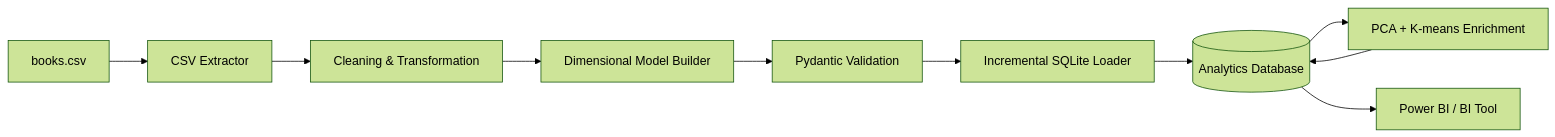
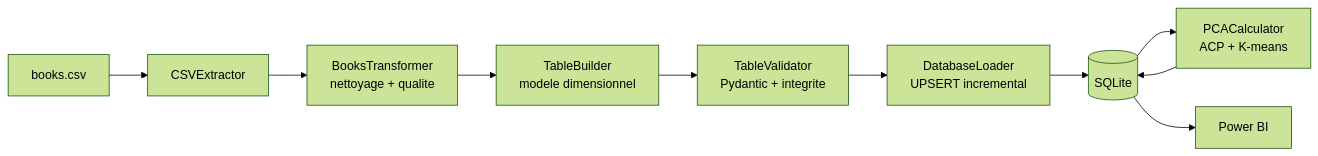
Before and after one commit to juleescourne/goodreads-analytics-etl: the diagram in README.md, drawn with Mermaid (forest theme). The commit also changed other lines of this file and 4 other files, not shown here.

````diff
--- a/README.md
+++ b/README.md
@@ -70,12 +87,12 @@
 ```mermaid
 flowchart LR
-    A[books.csv] --> B[CSV Extractor]
-    B --> C[Cleaning & Transformation]
-    C --> D[Dimensional Model Builder]
-    D --> E[Pydantic Validation]
-    E --> F[Incremental SQLite Loader]
-    F --> G[(Analytics Database)]
-    G --> H[PCA + K-means Enrichment]
+    A[books.csv] --> B[CSVExtractor]
+    B --> C[BooksTransformer<br/>nettoyage + qualite]
+    C --> D[TableBuilder<br/>modele dimensionnel]
+    D --> E[TableValidator<br/>Pydantic + integrite]
+    E --> F[DatabaseLoader<br/>UPSERT incremental]
+    F --> G[(SQLite)]
+    G --> H[PCACalculator<br/>ACP + K-means]
     H --> G
-    G --> I[Power BI / BI Tool]
+    G --> I[Power BI]
 ```
````
